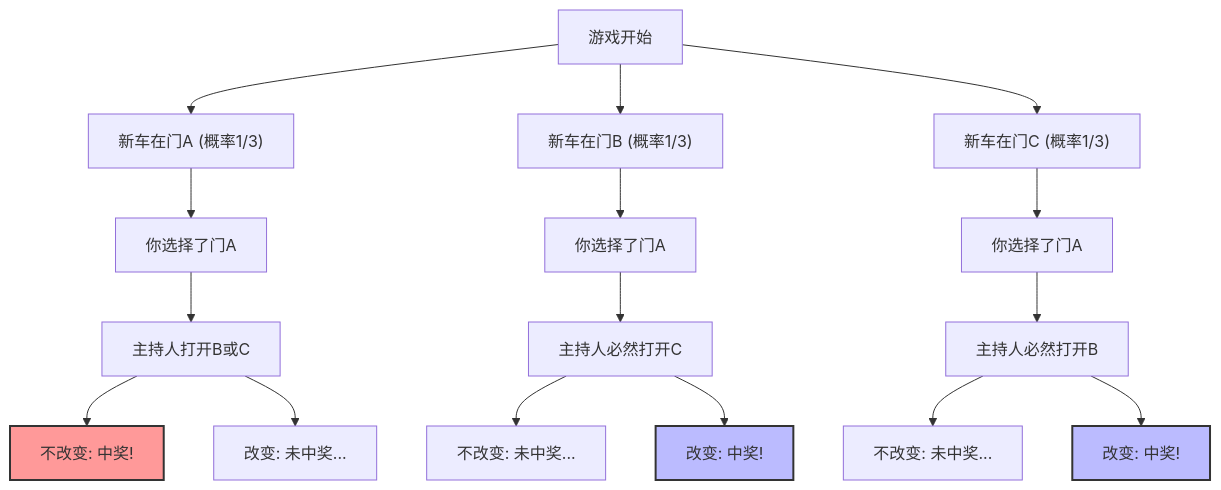
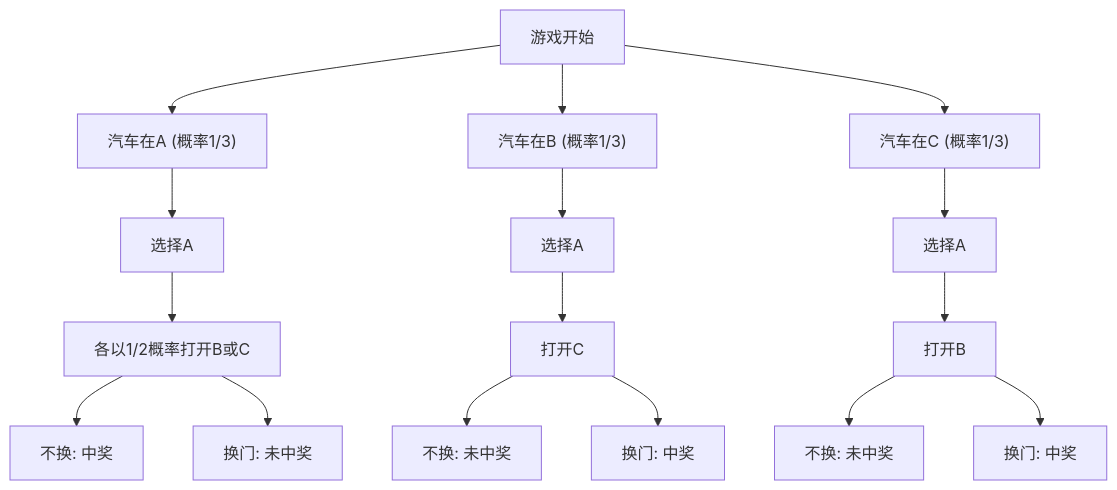
One commit to kenjinote/blog changed the first of 2 diagrams in content/post/モンティ・ホール問題/index.zh-cn.md. Above: the diagram before and after it, drawn with Mermaid. The commit also changed other lines of this file and 8 other files, not shown here.

````diff
--- a/content/post/モンティ・ホール問題/index.zh-cn.md
+++ b/content/post/モンティ・ホール問題/index.zh-cn.md
@@ -44,27 +52,18 @@
 ```mermaid
 graph TD
-    Start["游戏开始"] --> CarA["新车在门A (概率1/3)"]
-    Start --> CarB["新车在门B (概率1/3)"]
-    Start --> CarC["新车在门C (概率1/3)"]
-
-    CarA --> PickA1["你选择了门A"]
-    CarB --> PickA2["你选择了门A"]
-    CarC --> PickA3["你选择了门A"]
-
-    PickA1 --> HostB_or_C["主持人打开B或C"]
-    PickA2 --> HostC["主持人必然打开C"]
-    PickA3 --> HostB["主持人必然打开B"]
-
-    HostB_or_C --> Stay1["不改变: 中奖!"]
-    HostB_or_C --> Switch1["改变: 未中奖..."]
-
-    HostC --> Stay2["不改变: 未中奖..."]
-    HostC --> Switch2["改变: 中奖!"]
-
-    HostB --> Stay3["不改变: 未中奖..."]
-    HostB --> Switch3["改变: 中奖!"]
-
-    style Switch2 fill:#bbf,stroke:#333,stroke-width:2px
-    style Switch3 fill:#bbf,stroke:#333,stroke-width:2px
-    style Stay1 fill:#f99,stroke:#333,stroke-width:2px
+    Start["游戏开始"] --> CarA["汽车在A (概率1/3)"]
+    Start --> CarB["汽车在B (概率1/3)"]
+    Start --> CarC["汽车在C (概率1/3)"]
+    CarA --> PickA1["选择A"]
+    CarB --> PickA2["选择A"]
+    CarC --> PickA3["选择A"]
+    PickA1 --> HostB_or_C["各以1/2概率打开B或C"]
+    PickA2 --> HostC["打开C"]
+    PickA3 --> HostB["打开B"]
+    HostB_or_C --> Stay1["不换: 中奖"]
+    HostB_or_C --> Switch1["换门: 未中奖"]
+    HostC --> Stay2["不换: 未中奖"]
+    HostC --> Switch2["换门: 中奖"]
+    HostB --> Stay3["不换: 未中奖"]
+    HostB --> Switch3["换门: 中奖"]
 ```
````
